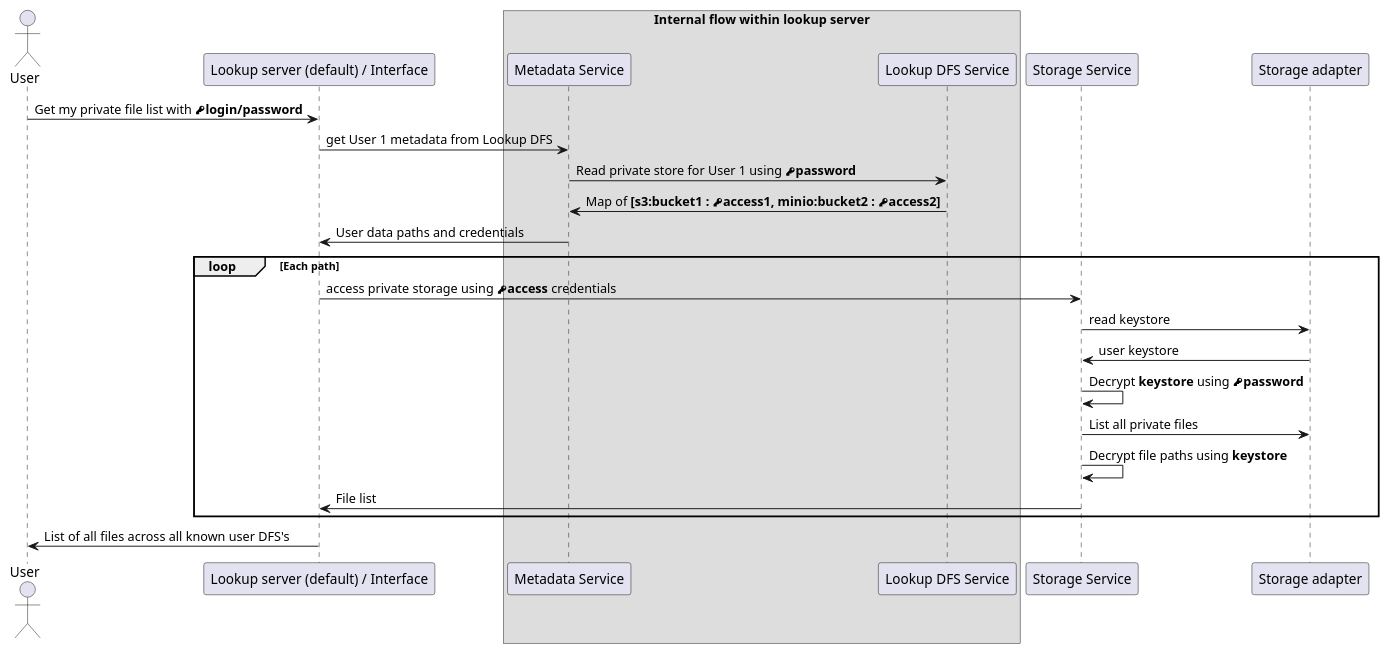
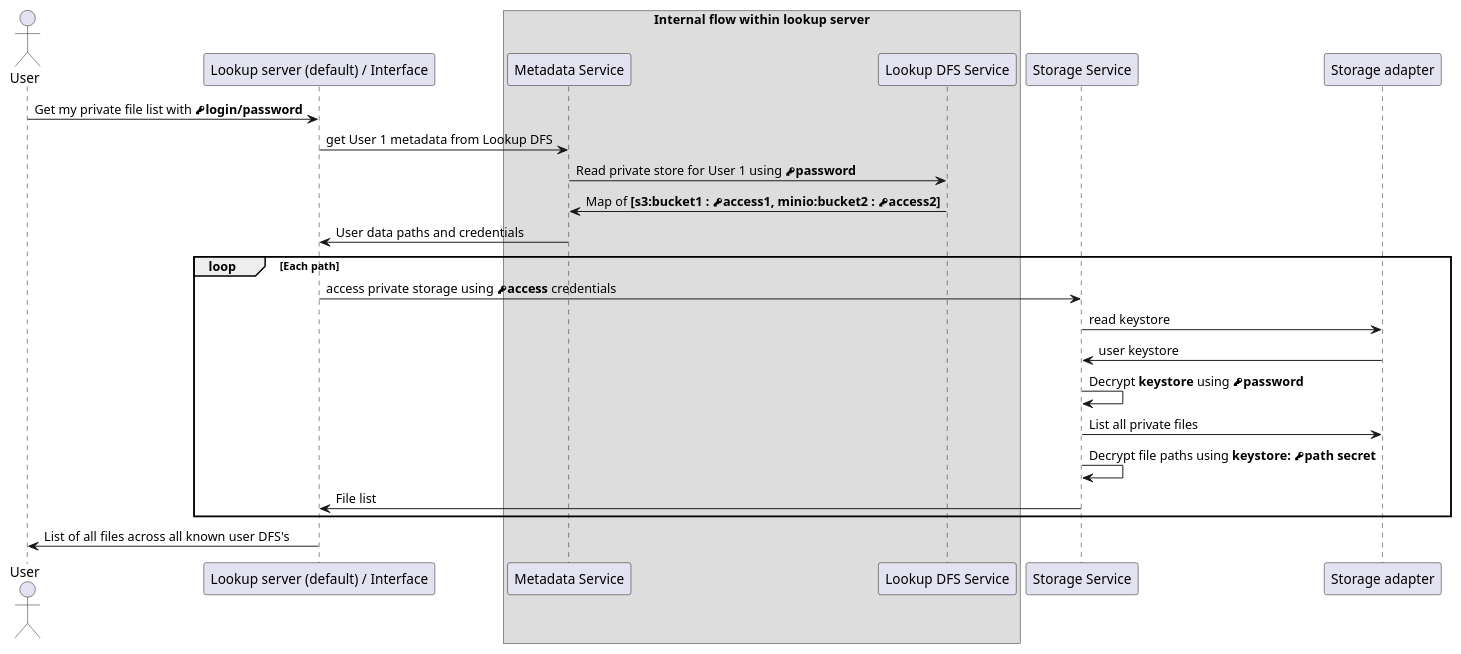
One commit to adorsys/datasafe changed the diagram in docs/diagrams/sequence_private.puml. Above: the diagram before and after it, drawn with PlantUML. The commit also changed 3 other files, not shown here.

```diff
--- a/docs/diagrams/sequence_private.puml
+++ b/docs/diagrams/sequence_private.puml
@@ -1,20 +1,20 @@
 @startuml
 actor User
 User->"Lookup server (default) / Interface" as ls : Get my private file list with **<&key>login/password**
 box "Internal flow within lookup server"
 ls->"Metadata Service" as lss : get User 1 metadata from Lookup DFS
 lss->"Lookup DFS Service" as DFS : Read private store for User 1 using **<&key>password**
 end box
 DFS->lss : Map of **[s3:bucket1 : <&key>access1, minio:bucket2 : <&key>access2]**
 lss->ls : User data paths and credentials
 loop Each path
   ls->"Storage Service" as ss : access private storage using **<&key>access** credentials
   ss->"Storage adapter" as sa : read keystore
   sa->ss : user keystore
   ss->ss : Decrypt **keystore** using **<&key>password**
   ss->sa : List all private files
-  ss->ss : Decrypt file paths using **keystore**
+  ss->ss : Decrypt file paths using **keystore: <&key>path secret**
   ss->ls : File list
 end
 ls->User : List of all files across all known user DFS's
 @enduml
```
